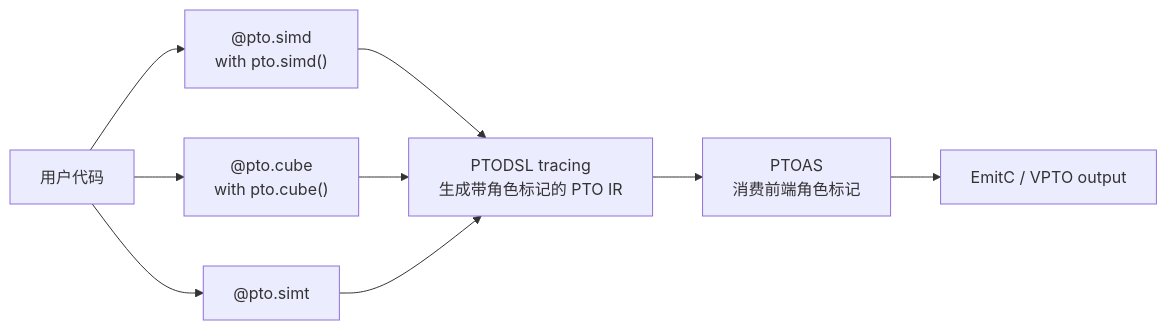
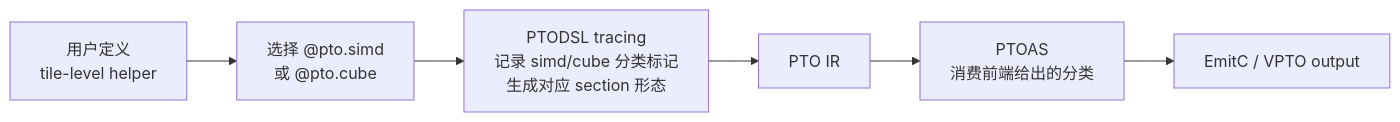
Before and after one commit to hw-native-sys/PTOAS: the first of 7 diagrams in docs/designs/ptodsl-tileop-redesign-explainer.md, drawn with Mermaid. The commit also changed other lines of this file, not shown here.

Commit message:
docs: clarify tileop redesign flow

````diff
--- a/docs/designs/ptodsl-tileop-redesign-explainer.md
+++ b/docs/designs/ptodsl-tileop-redesign-explainer.md
@@ -135,15 +103,11 @@
 ```mermaid
 flowchart LR
-  User["用户代码"]
-  Simd["@pto.simd<br/>with pto.simd()"]
-  Cube["@pto.cube<br/>with pto.cube()"]
-  Simt["@pto.simt"]
-  Trace["PTODSL tracing<br/>生成带角色标记的 PTO IR"]
-  PTOAS["PTOAS<br/>消费前端角色标记"]
+  User["用户定义<br/>tile-level helper"]
+  Surface["选择 @pto.simd<br/>或 @pto.cube"]
+  Trace["PTODSL tracing<br/>记录 simd/cube 分类标记<br/>生成对应 section 形态"]
+  IR["PTO IR"]
+  PTOAS["PTOAS<br/>消费前端给出的分类"]
   Output["EmitC / VPTO output"]
 
-  User --> Simd --> Trace
-  User --> Cube --> Trace
-  User --> Simt --> Trace
-  Trace --> PTOAS --> Output
+  User --> Surface --> Trace --> IR --> PTOAS --> Output
 ```
````
